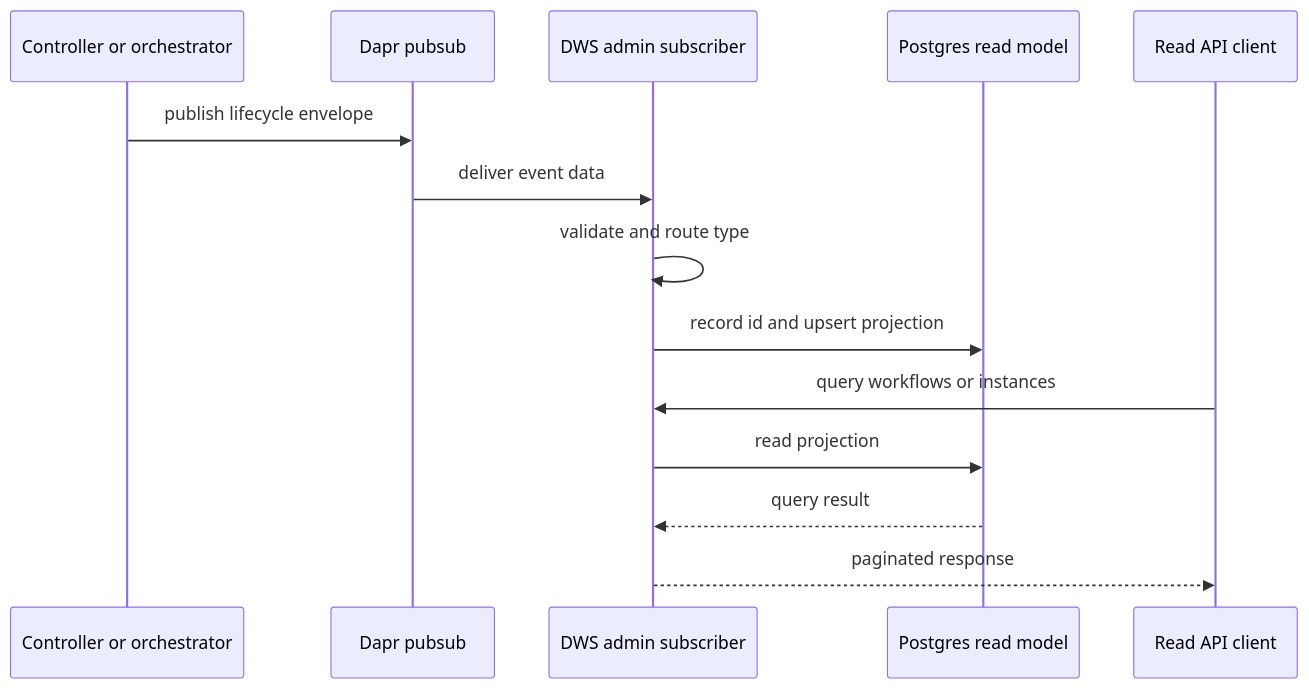
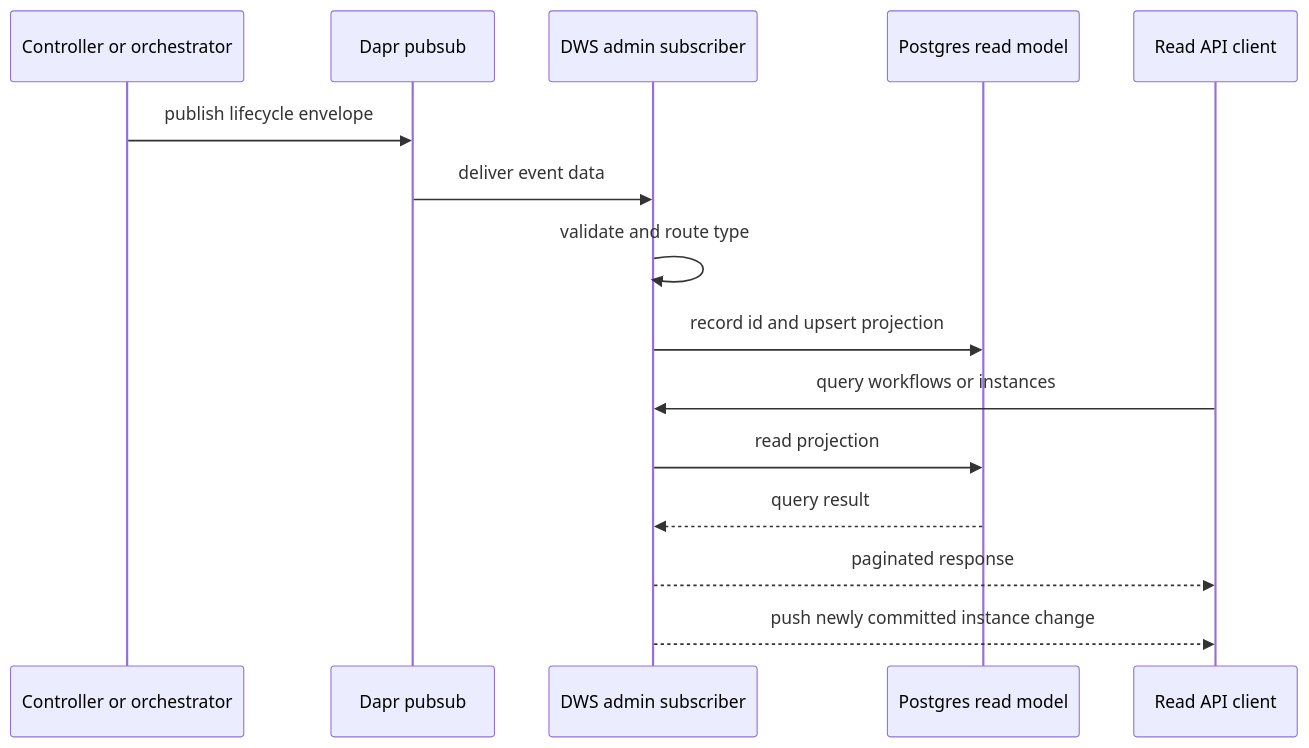
Before and after one commit to tonylibs/dapr-workflow-spec: the diagram in openwiki/integrations/admin-read-model.md, drawn with Mermaid. The commit also changed other lines of this file and 2 other files, not shown here.

````diff
--- a/openwiki/integrations/admin-read-model.md
+++ b/openwiki/integrations/admin-read-model.md
@@ -16,17 +16,18 @@
 ```mermaid
 sequenceDiagram
   participant Publisher as Controller or orchestrator
   participant Bus as Dapr pubsub
   participant Admin as DWS admin subscriber
   participant Store as Postgres read model
   participant Client as Read API client
 
   Publisher->>Bus: publish lifecycle envelope
   Bus->>Admin: deliver event data
   Admin->>Admin: validate and route type
   Admin->>Store: record id and upsert projection
   Client->>Admin: query workflows or instances
   Admin->>Store: read projection
   Store-->>Admin: query result
   Admin-->>Client: paginated response
+  Admin-->>Client: push newly committed instance change
 ```
````
